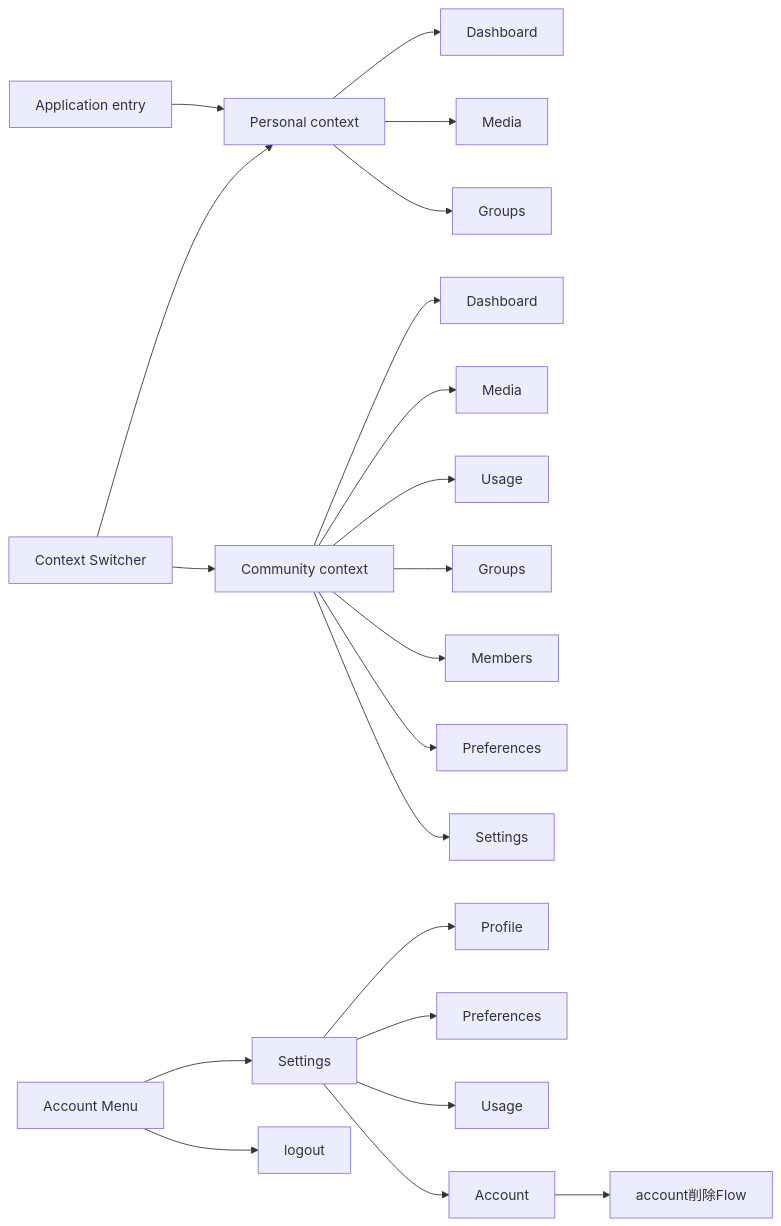
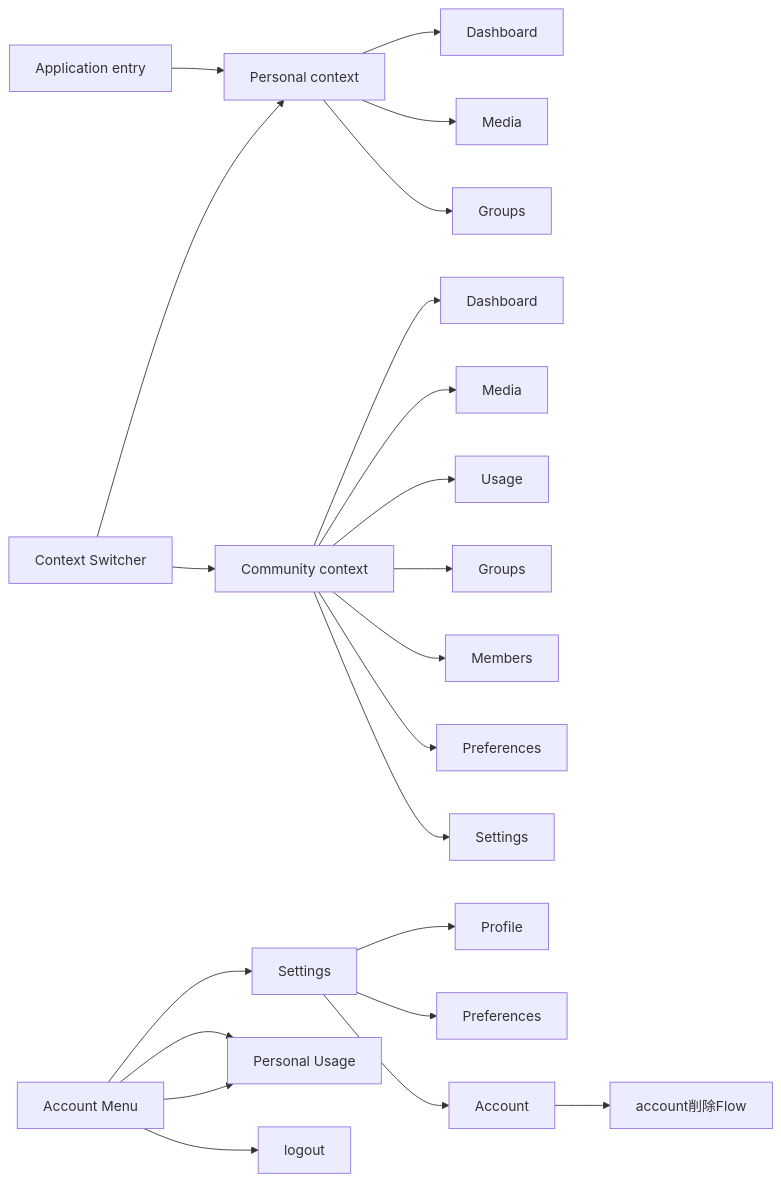
Before and after one commit to hazuki3417/memoria-design: the diagram in content/system/application-information-architecture.mdx, drawn with Mermaid. The commit also changed other lines of this file, not shown here.

Commit message:
docs: move personal usage out of settings navigation

````diff
--- a/content/system/application-information-architecture.mdx
+++ b/content/system/application-information-architecture.mdx
@@ -19,23 +19,24 @@
 ```mermaid
 flowchart LR
     Entry["Application entry"] --> Personal["Personal context"]
     Personal --> PDashboard["Dashboard"]
     Personal --> PMedia["Media"]
     Personal --> PGroups["Groups"]
     Switcher["Context Switcher"] --> Personal
     Switcher --> Community["Community context"]
     Community --> CDashboard["Dashboard"]
     Community --> CMedia["Media"]
     Community --> CUsage["Usage"]
     Community --> CGroups["Groups"]
     Community --> CMembers["Members"]
     Community --> CPreferences["Preferences"]
     Community --> CSettings["Settings"]
     Account["Account Menu"] --> Settings["Settings"]
+    Account --> Usage["Personal Usage"]
     Settings --> Profile["Profile"]
     Settings --> Preferences["Preferences"]
-    Settings --> Usage["Usage"]
+    Account --> Usage["Personal Usage"]
     Settings --> AccountSettings["Account"]
     AccountSettings --> Deletion["account削除Flow"]
     Account --> Logout["logout"]
 ```
````
